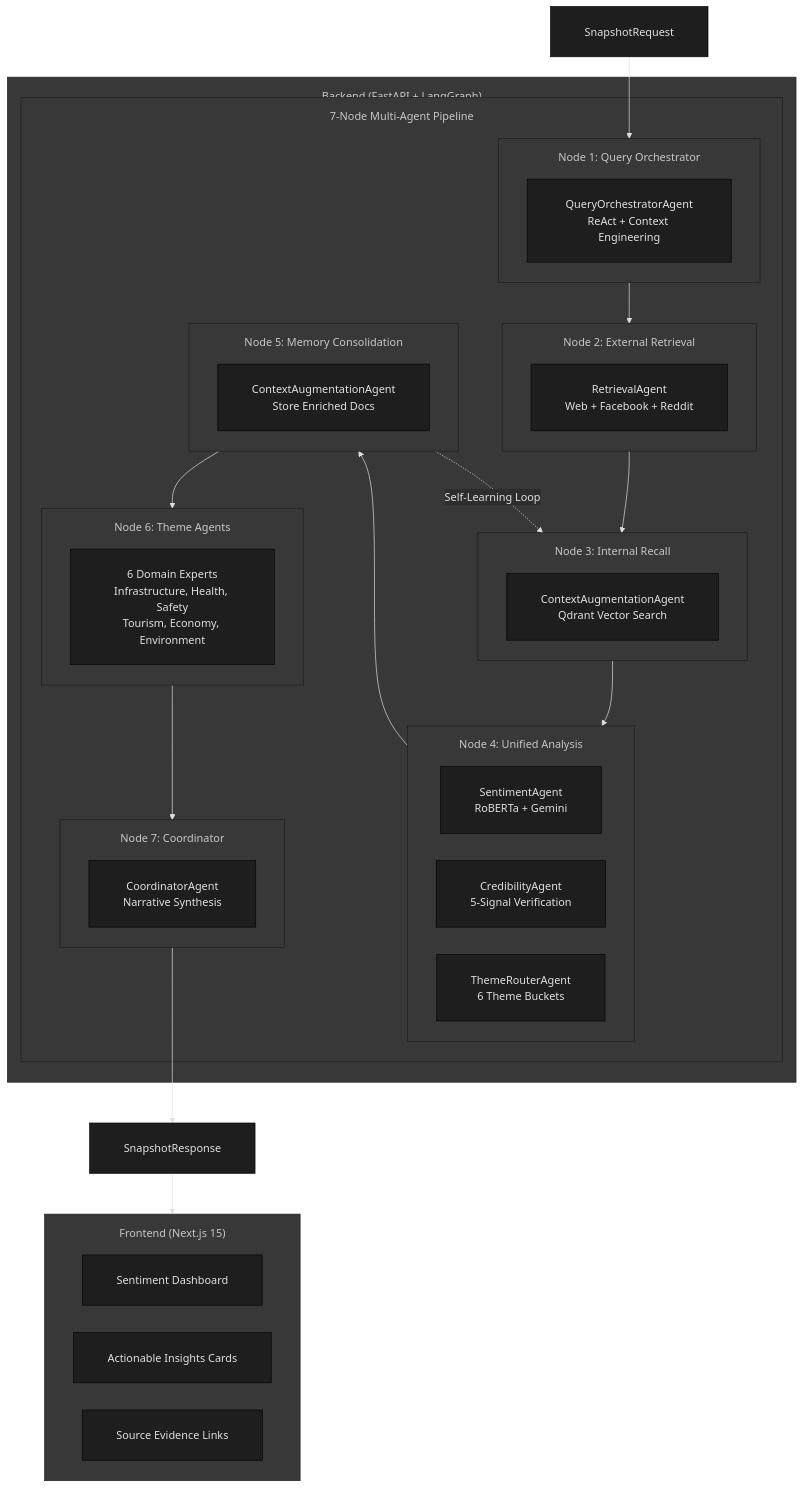
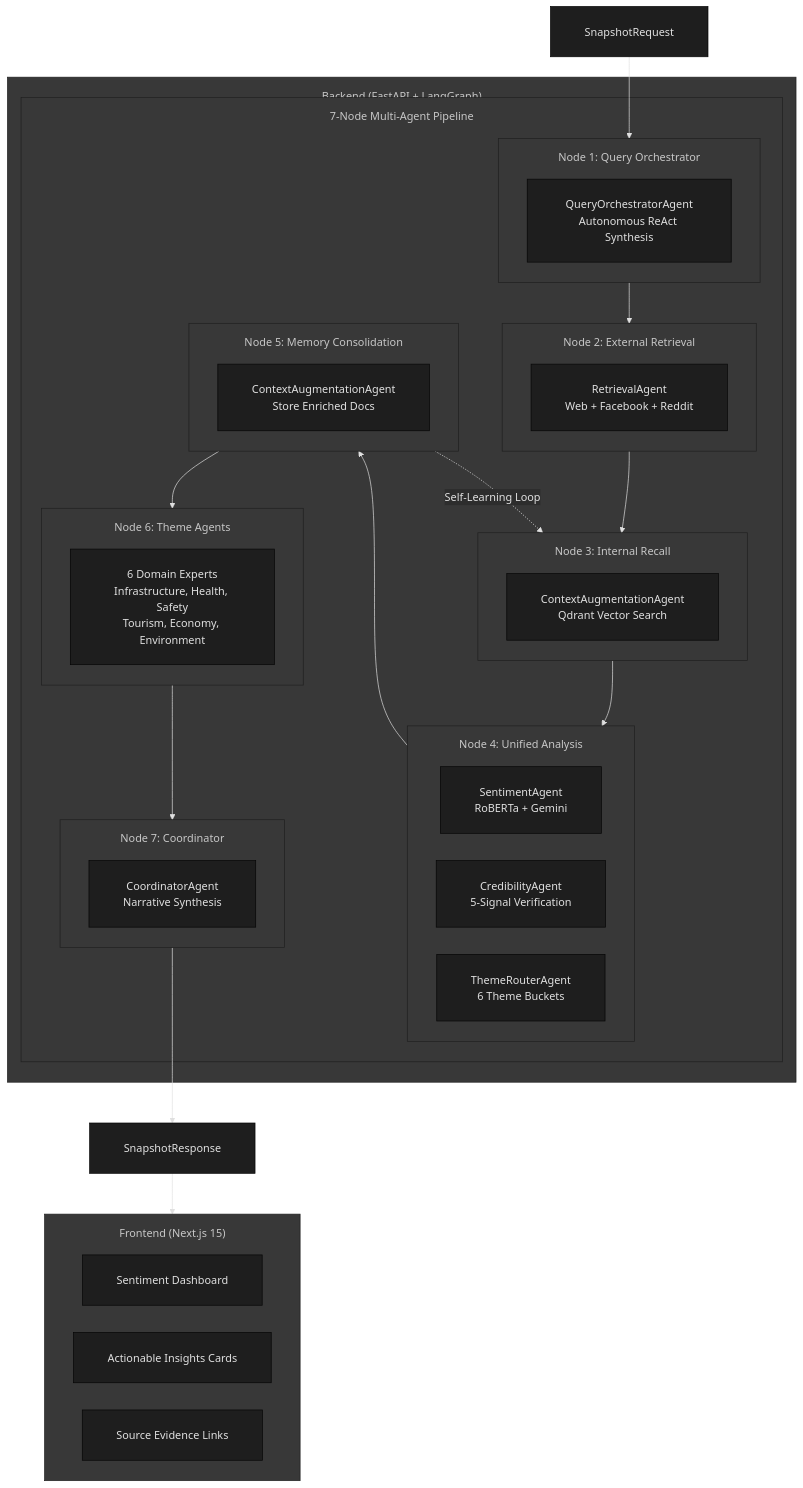
The first of 10 diagrams in docs/ARCHITECTURE.md (donyelqt/Hinaing), drawn with Mermaid before and after one commit. The commit also changed other lines of this file, not shown here.

First line of the commit message:
docs(architecture): update QueryOrchestratorAgent with autonomous synthesis and upgrade embeddings to BGE-large

````diff
--- a/docs/ARCHITECTURE.md
+++ b/docs/ARCHITECTURE.md
@@ -198,70 +198,70 @@
 ```mermaid
 %%{init: {'theme': 'base', 'themeVariables': { 
   'primaryColor': '#1e1e1e',
   'primaryTextColor': '#e0e0e0',
   'secondaryColor': '#2d2d2d',
   'tertiaryColor': '#383838',
   'primaryFontSize': '18px',
   'secondaryFontSize': '14px',
   'tertiaryFontSize': '12px',
   'lineColor': '#e0e0e0'
  }, 'flowchart': {
   'subGraphTitleMargin': { 'top': 15, 'bottom': 15 },
   'padding': 25,
   'nodeSpacing': 40,
   'rankSpacing': 60
  }}}%%
 flowchart TB
     subgraph Frontend["Frontend (Next.js 15)"]
         UI[Sentiment Dashboard]
         Insights[Actionable Insights Cards]
         Sources[Source Evidence Links]
     end
 
     subgraph Backend["Backend (FastAPI + LangGraph)"]
         subgraph Workflow["7-Node Multi-Agent Pipeline"]
 
             subgraph Node1["Node 1: Query Orchestrator"]
-                QO[QueryOrchestratorAgent<br/>ReAct + Context Engineering]
+                QO[QueryOrchestratorAgent<br/>Autonomous ReAct Synthesis]
             end
 
             subgraph Node2["Node 2: External Retrieval"]
                 RA[RetrievalAgent<br/>Web + Facebook + Reddit]
             end
 
             subgraph Node3["Node 3: Internal Recall"]
                 CTX[ContextAugmentationAgent<br/>Qdrant Vector Search]
             end
 
             subgraph Node4["Node 4: Unified Analysis"]
                 SA[SentimentAgent<br/>RoBERTa + Gemini]
                 CA[CredibilityAgent<br/>5-Signal Verification]
                 TR[ThemeRouterAgent<br/>6 Theme Buckets]
             end
 
             subgraph Node5["Node 5: Memory Consolidation"]
                 CTX2[ContextAugmentationAgent<br/>Store Enriched Docs]
             end
 
             subgraph Node6["Node 6: Theme Agents"]
                 TA[6 Domain Experts<br/>Infrastructure, Health, Safety<br/>Tourism, Economy, Environment]
             end
 
             subgraph Node7["Node 7: Coordinator"]
                 COORD[CoordinatorAgent<br/>Narrative Synthesis]
             end
 
             Node1 --> Node2
             Node2 --> Node3
             Node3 --> Node4
             Node4 --> Node5
             Node5 --> Node6
             Node6 --> Node7
             Node5 -.->|Self-Learning Loop| Node3
         end
     end
 
     Request[SnapshotRequest] --> Node1
     Node7 --> Response[SnapshotResponse]
     Response --> Frontend
 ```
````
